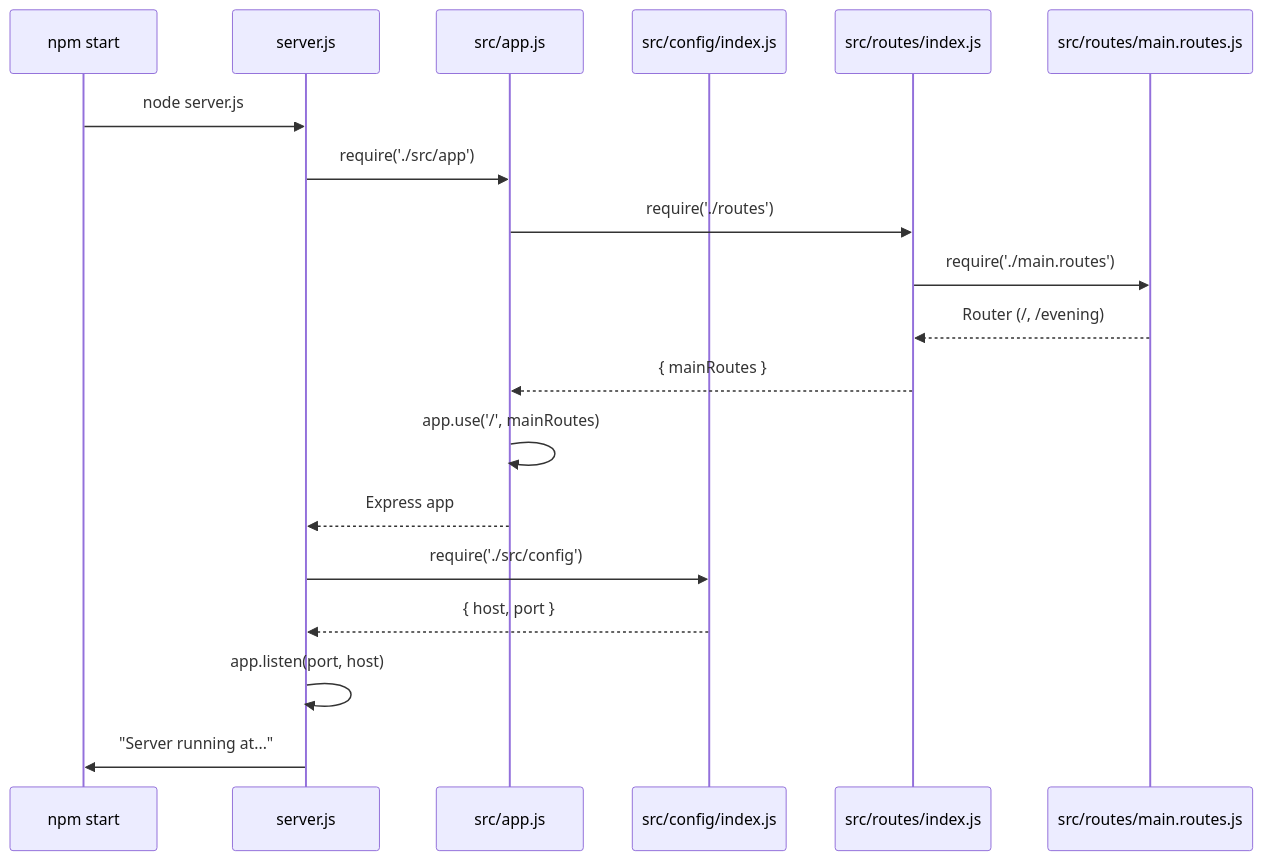
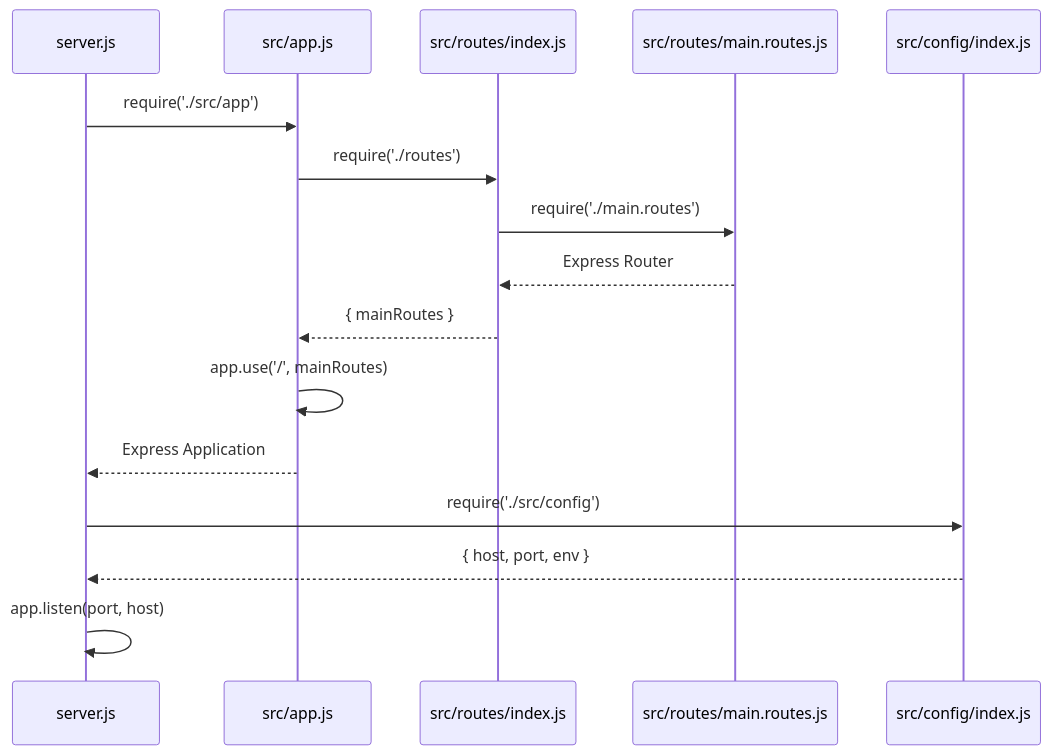
One commit to sudhanshu-spec/test-spec changed the second of 2 diagrams in blitzy/documentation/Technical Specifications.md. Above: the diagram before and after it, drawn with Mermaid. The commit also changed other lines of this file, not shown here.

````diff
--- a/blitzy/documentation/Technical Specifications.md
+++ b/blitzy/documentation/Technical Specifications.md
@@ -630,22 +247,19 @@
 ```mermaid
 sequenceDiagram
-    participant CLI as npm start
-    participant Server as server.js
-    participant App as src/app.js
-    participant Config as src/config/index.js
-    participant Routes as src/routes/index.js
-    participant Main as src/routes/main.routes.js
+    participant S as server.js
+    participant A as src/app.js
+    participant R as src/routes/index.js
+    participant M as src/routes/main.routes.js
+    participant C as src/config/index.js
     
-    CLI->>Server: node server.js
-    Server->>App: require('./src/app')
-    App->>Routes: require('./routes')
-    Routes->>Main: require('./main.routes')
-    Main-->>Routes: Router (/, /evening)
-    Routes-->>App: { mainRoutes }
-    App->>App: app.use('/', mainRoutes)
-    App-->>Server: Express app
-    Server->>Config: require('./src/config')
-    Config-->>Server: { host, port }
-    Server->>Server: app.listen(port, host)
-    Server->>CLI: "Server running at..."
+    S->>A: require('./src/app')
+    A->>R: require('./routes')
+    R->>M: require('./main.routes')
+    M-->>R: Express Router
+    R-->>A: { mainRoutes }
+    A->>A: app.use('/', mainRoutes)
+    A-->>S: Express Application
+    S->>C: require('./src/config')
+    C-->>S: { host, port, env }
+    S->>S: app.listen(port, host)
 ```
````
